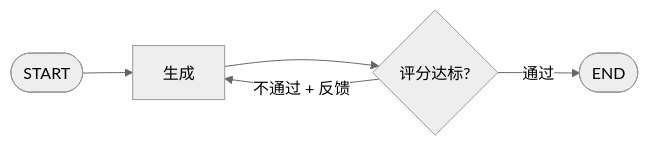
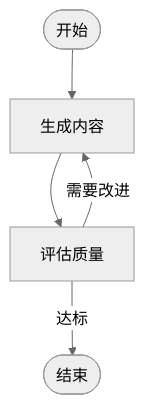
Diagram 16 of 30 in src/content/posts/ai/langgraph-nengli-xiangjie-xuexibiji.md (HandlerOne01/IMiss_Blog), drawn with Mermaid (neutral theme) before and after one commit. The commit also changed other lines of this file and 6 other files, not shown here.

````diff
--- a/src/content/posts/ai/langgraph-nengli-xiangjie-xuexibiji.md
+++ b/src/content/posts/ai/langgraph-nengli-xiangjie-xuexibiji.md
@@ -314,6 +1413,7 @@
 ```mermaid
-flowchart LR
-    S([START]) --> G["生成"] --> E{"评分达标?"}
-    E -->|通过| F([END])
-    E -->|不通过 + 反馈| G
+flowchart TD
+    S([开始]) --> G[生成内容]
+    G --> E[评估质量]
+    E -->|需要改进| G
+    E -->|达标| F([结束])
 ```
````
